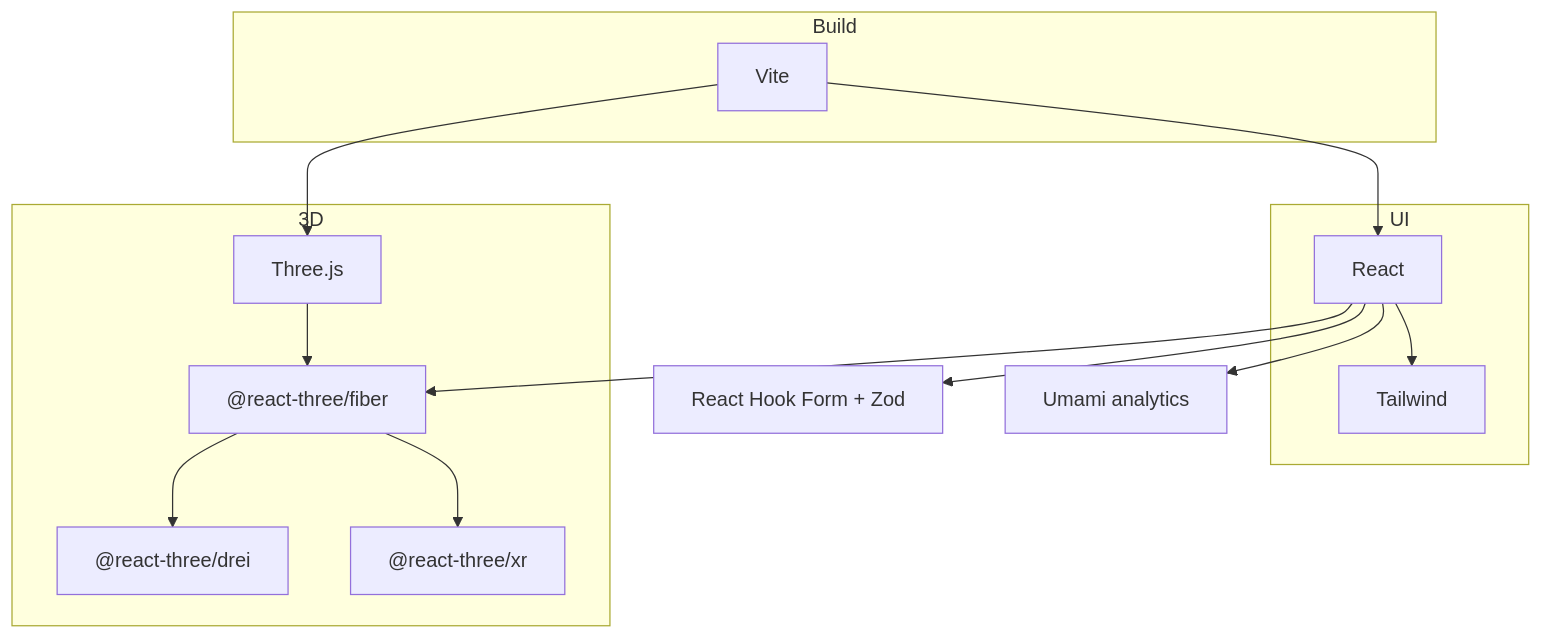
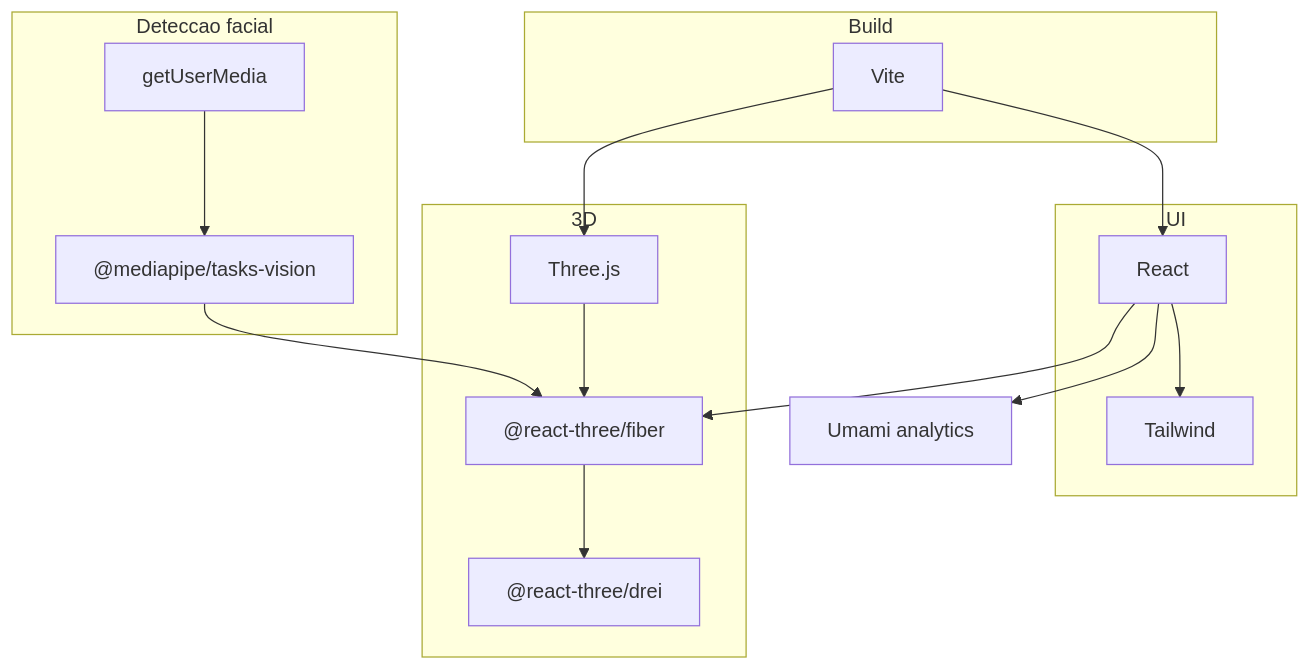
The second of 2 diagrams in docs/vault/02-Arquitetura/Stack-Tecnologica.md (rafafrd/LP-with-VR), drawn with Mermaid before and after one commit. The commit also changed other lines of this file and 17 other files, not shown here.

````diff
--- a/docs/vault/02-Arquitetura/Stack-Tecnologica.md
+++ b/docs/vault/02-Arquitetura/Stack-Tecnologica.md
@@ -82,19 +120,21 @@
 ```mermaid
 flowchart TD
     subgraph Build
         Vite
     end
     subgraph UI
         React --> Tailwind
     end
     subgraph Cena3D[3D]
         Three[Three.js] --> R3F["@react-three/fiber"]
         R3F --> Drei["@react-three/drei"]
-        R3F --> XR["@react-three/xr"]
+    end
+    subgraph Facial[Deteccao facial]
+        Cam[getUserMedia] --> MP["@mediapipe/tasks-vision"]
+        MP --> R3F
     end
     Vite --> React
     Vite --> Three
     React --> R3F
-    React --> RHF["React Hook Form + Zod"]
     React --> Umami[Umami analytics]
 ```
````
